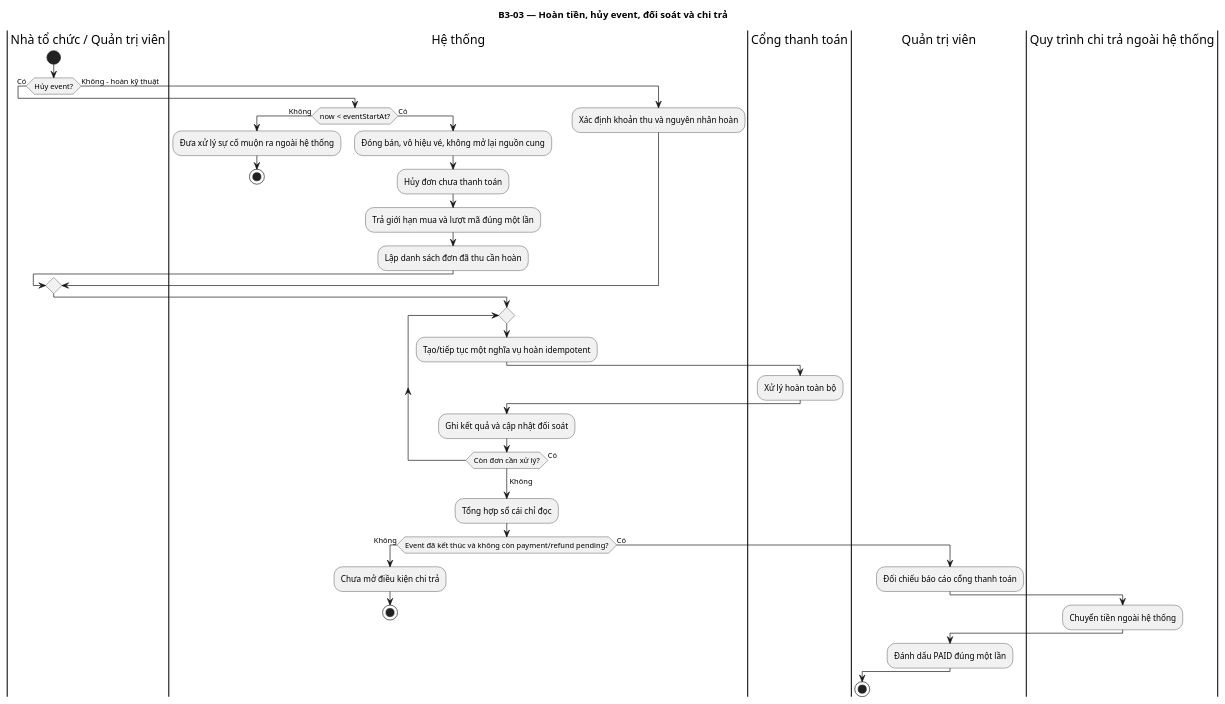
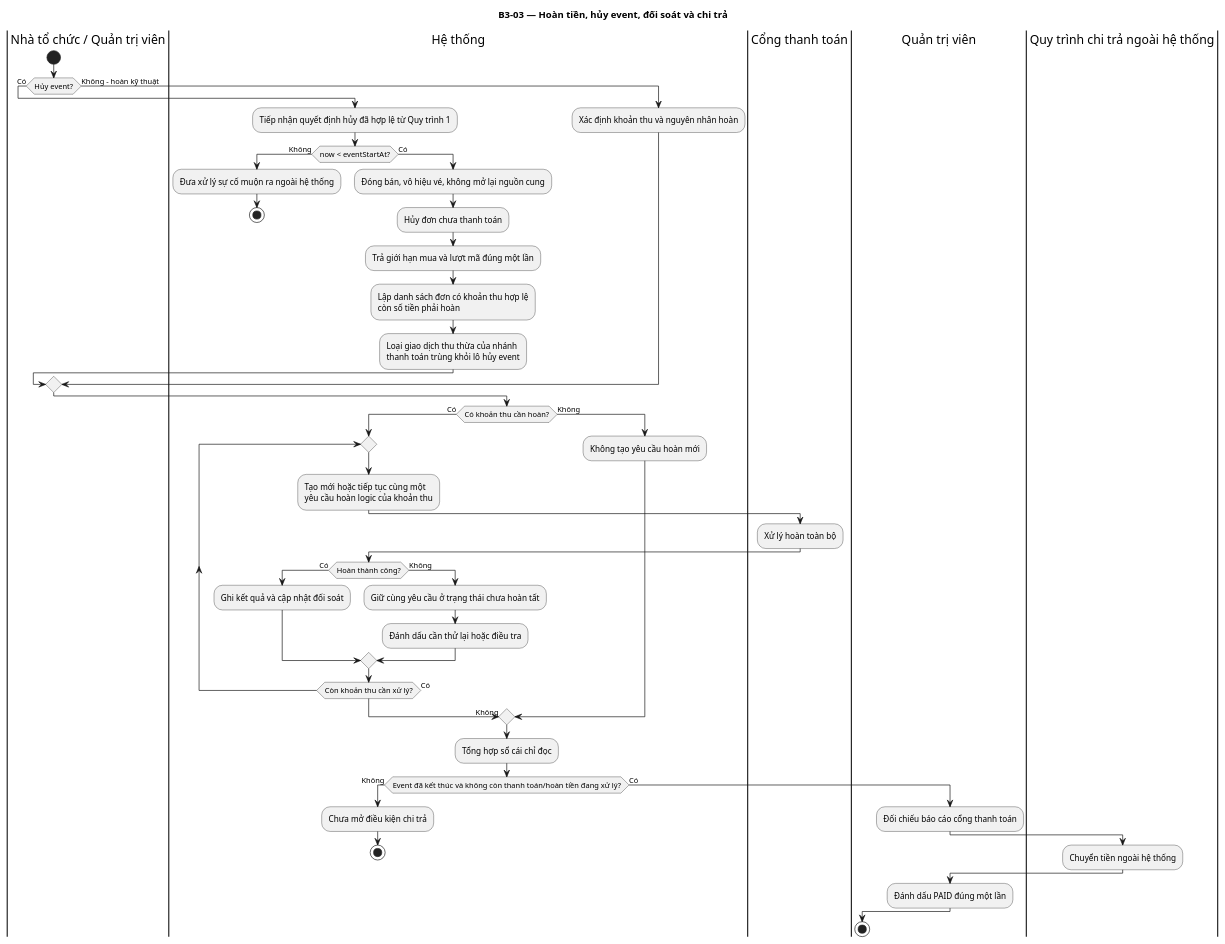
Before and after one commit to levanminh04/flash-ticket-platform: the diagram in docs/diagrams/src/B3-03-refund-reconciliation-payout.puml, drawn with PlantUML. The commit also changed 14 other files, not shown here.

```diff
--- a/docs/diagrams/src/B3-03-refund-reconciliation-payout.puml
+++ b/docs/diagrams/src/B3-03-refund-reconciliation-payout.puml
@@ -1,46 +1,58 @@
 @startuml
 title B3-03 — Hoàn tiền, hủy event, đối soát và chi trả
 
 |Nhà tổ chức / Quản trị viên|
 start
 if (Hủy event?) then (Có)
   |Hệ thống|
+  :Tiếp nhận quyết định hủy đã hợp lệ từ Quy trình 1;
   if (now < eventStartAt?) then (Không)
     :Đưa xử lý sự cố muộn ra ngoài hệ thống;
     stop
   else (Có)
     :Đóng bán, vô hiệu vé, không mở lại nguồn cung;
     :Hủy đơn chưa thanh toán;
     :Trả giới hạn mua và lượt mã đúng một lần;
-    :Lập danh sách đơn đã thu cần hoàn;
+    :Lập danh sách đơn có khoản thu hợp lệ\ncòn số tiền phải hoàn;
+    :Loại giao dịch thu thừa của nhánh\nthanh toán trùng khỏi lô hủy event;
   endif
 else (Không - hoàn kỹ thuật)
   |Hệ thống|
   :Xác định khoản thu và nguyên nhân hoàn;
 endif
 
-repeat
+if (Có khoản thu cần hoàn?) then (Có)
+  repeat
+    |Hệ thống|
+    :Tạo mới hoặc tiếp tục cùng một\nyêu cầu hoàn logic của khoản thu;
+    |Cổng thanh toán|
+    :Xử lý hoàn toàn bộ;
+    |Hệ thống|
+    if (Hoàn thành công?) then (Có)
+      :Ghi kết quả và cập nhật đối soát;
+    else (Không)
+      :Giữ cùng yêu cầu ở trạng thái chưa hoàn tất;
+      :Đánh dấu cần thử lại hoặc điều tra;
+    endif
+  repeat while (Còn khoản thu cần xử lý?) is (Có)
+  -> Không;
+else (Không)
   |Hệ thống|
-  :Tạo/tiếp tục một nghĩa vụ hoàn idempotent;
-  |Cổng thanh toán|
-  :Xử lý hoàn toàn bộ;
-  |Hệ thống|
-  :Ghi kết quả và cập nhật đối soát;
-repeat while (Còn đơn cần xử lý?) is (Có)
--> Không;
+  :Không tạo yêu cầu hoàn mới;
+endif
 
 |Hệ thống|
 :Tổng hợp sổ cái chỉ đọc;
-if (Event đã kết thúc và không còn payment/refund pending?) then (Không)
+if (Event đã kết thúc và không còn thanh toán/hoàn tiền đang xử lý?) then (Không)
   :Chưa mở điều kiện chi trả;
   stop
 else (Có)
   |Quản trị viên|
   :Đối chiếu báo cáo cổng thanh toán;
   |Quy trình chi trả ngoài hệ thống|
   :Chuyển tiền ngoài hệ thống;
   |Quản trị viên|
   :Đánh dấu PAID đúng một lần;
 endif
 stop
 @enduml
```
